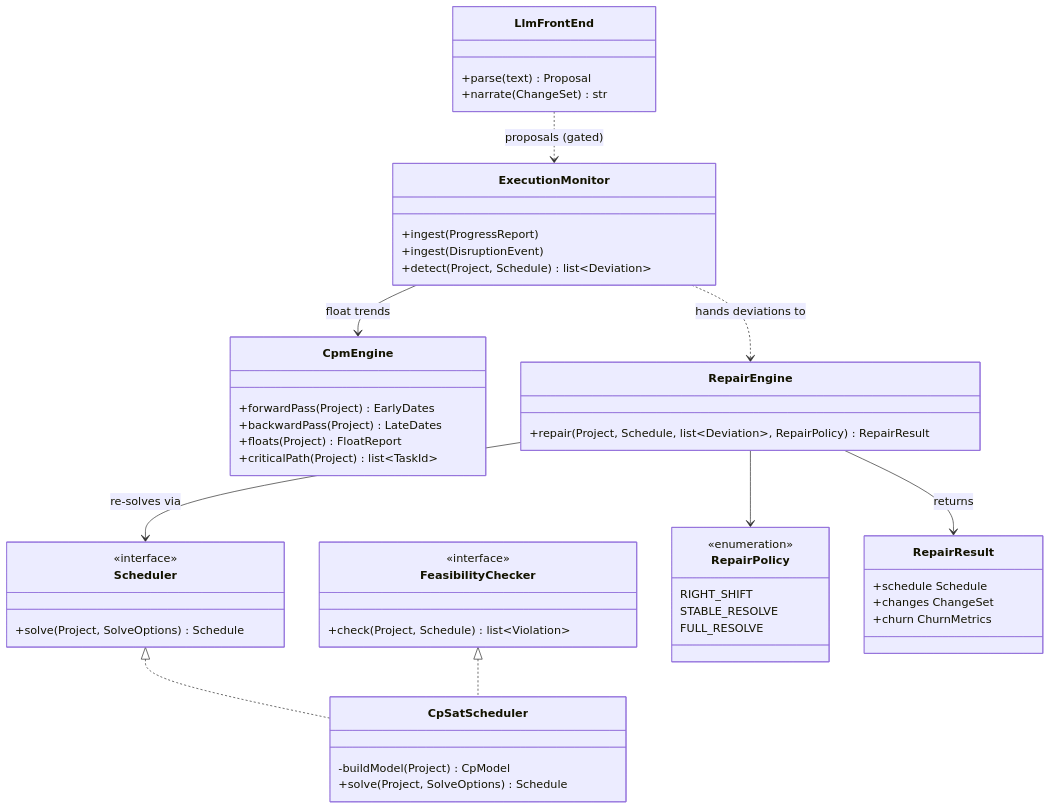
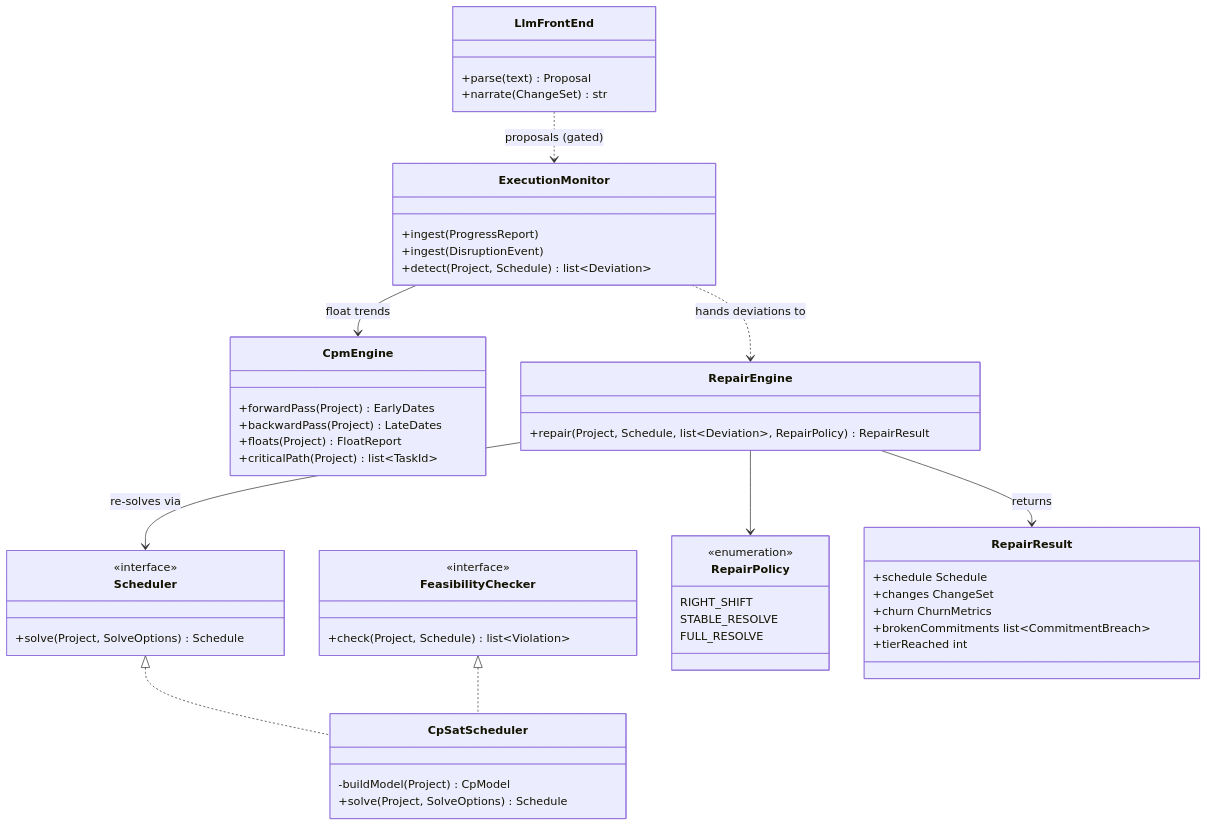
Before and after one commit to Karl-Keller/planREplan: the second of 2 diagrams in docs/02-architecture.md, drawn with Mermaid. The commit also changed other lines of this file and 6 other files, not shown here.

````diff
--- a/docs/02-architecture.md
+++ b/docs/02-architecture.md
@@ -45,53 +45,55 @@
 ```mermaid
 classDiagram
   direction TB
   class Scheduler {
     <<interface>>
     +solve(Project, SolveOptions) Schedule
   }
   class FeasibilityChecker {
     <<interface>>
     +check(Project, Schedule) list~Violation~
   }
   class CpSatScheduler {
     -buildModel(Project) CpModel
     +solve(Project, SolveOptions) Schedule
   }
   class CpmEngine {
     +forwardPass(Project) EarlyDates
     +backwardPass(Project) LateDates
     +floats(Project) FloatReport
     +criticalPath(Project) list~TaskId~
   }
   class ExecutionMonitor {
     +ingest(ProgressReport)
     +ingest(DisruptionEvent)
     +detect(Project, Schedule) list~Deviation~
   }
   class RepairEngine {
     +repair(Project, Schedule, list~Deviation~, RepairPolicy) RepairResult
   }
   class RepairPolicy {
     <<enumeration>>
     RIGHT_SHIFT
     STABLE_RESOLVE
     FULL_RESOLVE
   }
   class RepairResult {
     +schedule Schedule
     +changes ChangeSet
     +churn ChurnMetrics
+    +brokenCommitments list~CommitmentBreach~
+    +tierReached int
   }
   class LlmFrontEnd {
     +parse(text) Proposal
     +narrate(ChangeSet) str
   }
   Scheduler <|.. CpSatScheduler
   FeasibilityChecker <|.. CpSatScheduler
   RepairEngine --> Scheduler : re-solves via
   RepairEngine --> RepairPolicy
   RepairEngine --> RepairResult : returns
   ExecutionMonitor --> CpmEngine : float trends
   ExecutionMonitor ..> RepairEngine : hands deviations to
   LlmFrontEnd ..> ExecutionMonitor : proposals (gated)
 ```
````
